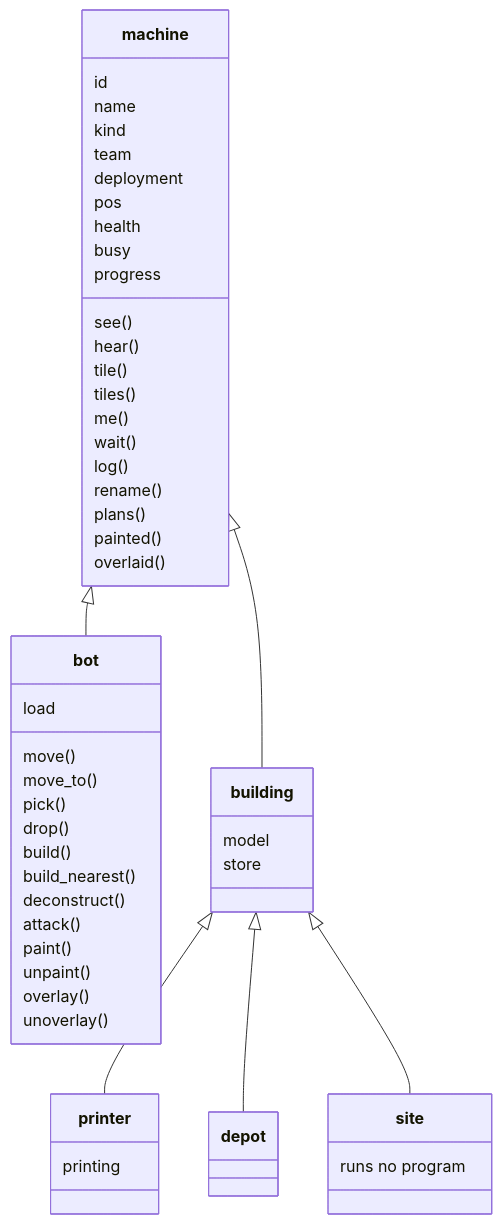
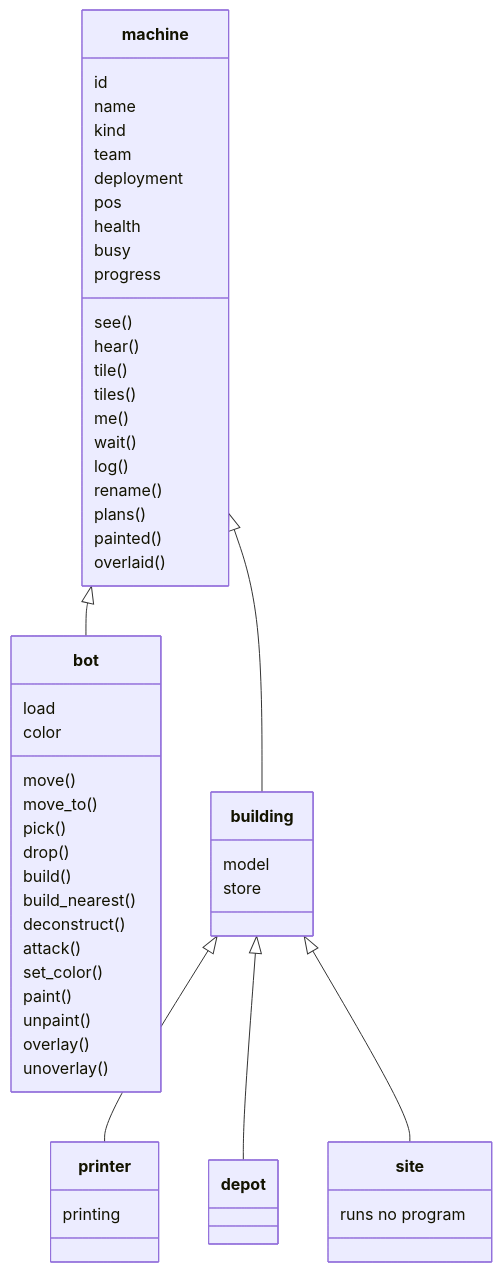
Before and after one commit to mmmtastymmm/programming-game-planned-2: the diagram in docs/02-machines.md, drawn with Mermaid. The commit also changed other lines of this file and 5 other files, not shown here.

````diff
--- a/docs/02-machines.md
+++ b/docs/02-machines.md
@@ -164,56 +169,58 @@
 ```mermaid
 classDiagram
   class machine {
     id
     name
     kind
     team
     deployment
     pos
     health
     busy
     progress
     see()
     hear()
     tile()
     tiles()
     me()
     wait()
     log()
     rename()
     plans()
     painted()
     overlaid()
   }
   class bot {
     load
+    color
     move()
     move_to()
     pick()
     drop()
     build()
     build_nearest()
     deconstruct()
     attack()
+    set_color()
     paint()
     unpaint()
     overlay()
     unoverlay()
   }
   class building {
     model
     store
   }
   class printer {
     printing
   }
   class depot
   class site {
     runs no program
   }
   machine <|-- bot
   machine <|-- building
   building <|-- printer
   building <|-- depot
   building <|-- site
 ```
````
